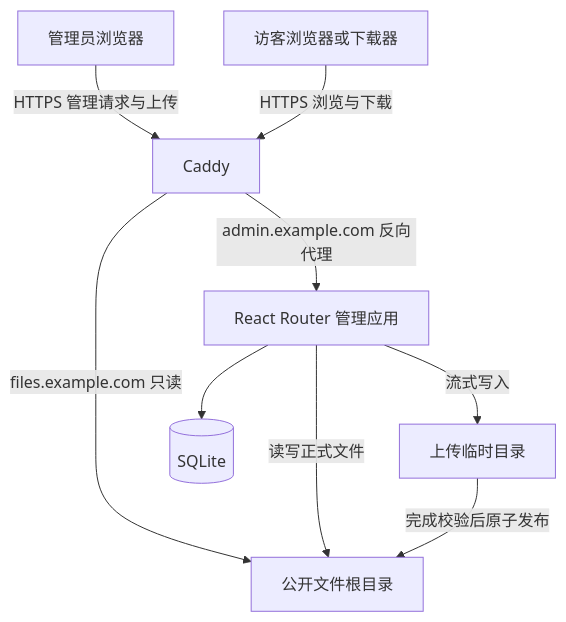
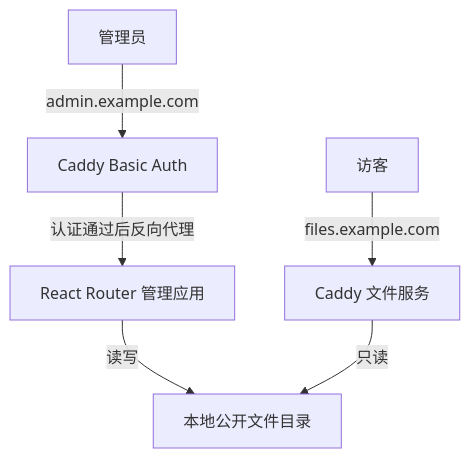
Before and after one commit to qw0er/ShareBox: the diagram in docs/architecture.md, drawn with Mermaid. The commit also changed other lines of this file and 14 other files, not shown here.

````diff
--- a/docs/architecture.md
+++ b/docs/architecture.md
@@ -22,11 +15,8 @@
 ```mermaid
 flowchart TD
-    Admin[管理员浏览器] -->|HTTPS 管理请求与上传| Caddy[Caddy]
-    Visitor[访客浏览器或下载器] -->|HTTPS 浏览与下载| Caddy
-    Caddy -->|admin.example.com 反向代理| App[React Router 管理应用]
-    Caddy -->|files.example.com 只读| Public[公开文件根目录]
-    App -->|读写正式文件| Public
-    App -->|流式写入| Temp[上传临时目录]
-    Temp -->|完成校验后原子发布| Public
-    App --> DB[(SQLite)]
+    Admin[管理员] -->|admin.example.com| Auth[Caddy Basic Auth]
+    Auth -->|认证通过后反向代理| App[React Router 管理应用]
+    App -->|读写| Files[本地公开文件目录]
+    Visitor[访客] -->|files.example.com| Public[Caddy 文件服务]
+    Public -->|只读| Files
 ```
````
